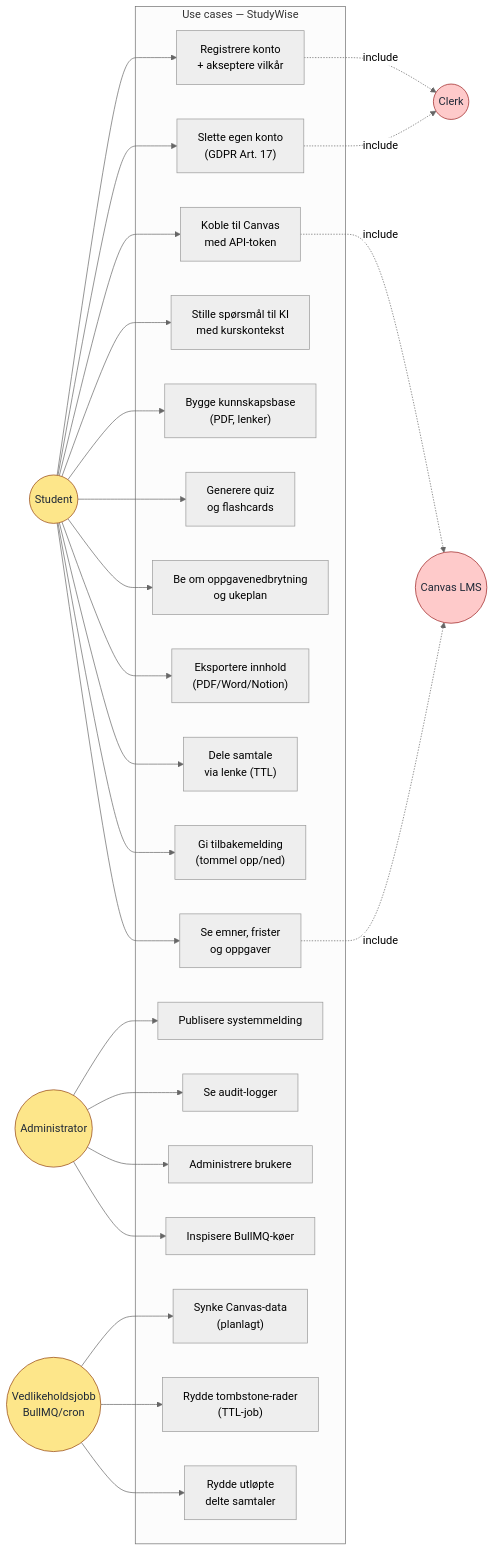
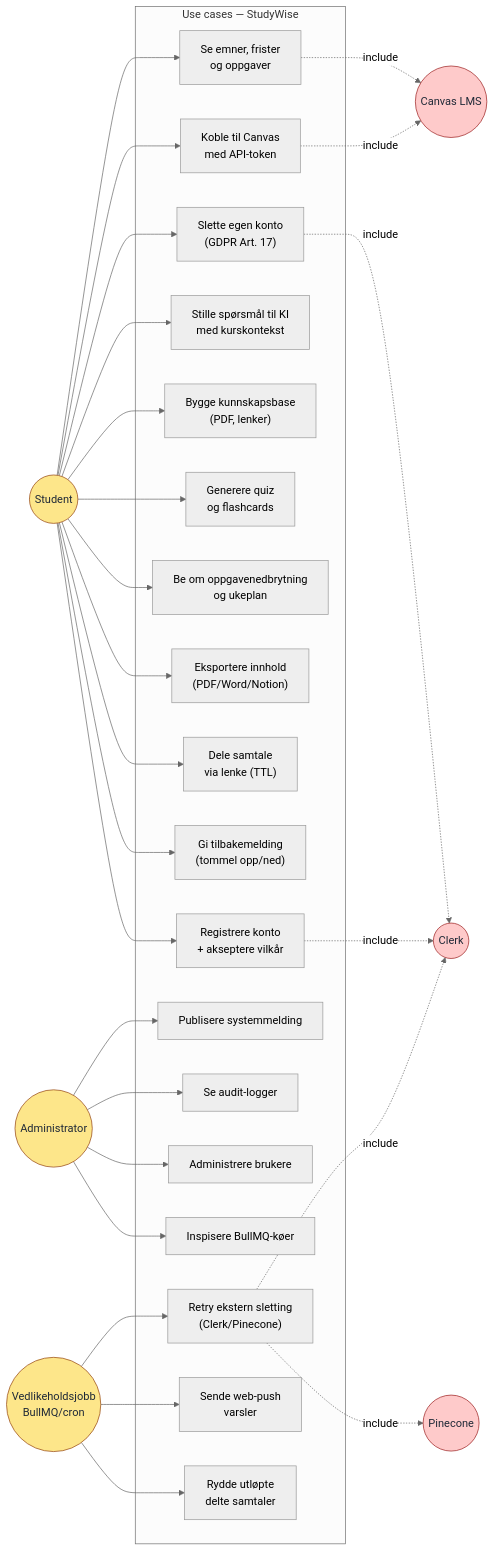
Before and after one commit to 26zl/StudyWise: the diagram in filer_prosjekt/diagrammer/13-use-case-diagram.md, drawn with Mermaid (neutral theme). The commit also changed other lines of this file and 67 other files, not shown here.

Commit message:
Mitigert for supply chain attacks og oppdatert diagrammer.

````diff
--- a/filer_prosjekt/diagrammer/13-use-case-diagram.md
+++ b/filer_prosjekt/diagrammer/13-use-case-diagram.md
@@ -5,60 +5,63 @@
 ```mermaid
 flowchart LR
     Student((Student))
     Admin((Administrator))
     System((Vedlikeholdsjobb<br/>BullMQ/cron))
     Canvas((Canvas LMS))
     Clerk((Clerk))
+    Pinecone((Pinecone))
 
     subgraph StudyWise["Use cases — StudyWise"]
         UC1["Registrere konto<br/>+ akseptere vilkår"]
         UC2["Koble til Canvas<br/>med API-token"]
         UC3["Se emner, frister<br/>og oppgaver"]
         UC4["Stille spørsmål til KI<br/>med kurskontekst"]
         UC5["Bygge kunnskapsbase<br/>(PDF, lenker)"]
         UC6["Generere quiz<br/>og flashcards"]
         UC7["Be om oppgavenedbrytning<br/>og ukeplan"]
         UC8["Eksportere innhold<br/>(PDF/Word/Notion)"]
         UC9["Dele samtale<br/>via lenke (TTL)"]
         UC10["Gi tilbakemelding<br/>(tommel opp/ned)"]
         UC11["Slette egen konto<br/>(GDPR Art. 17)"]
         UC12["Publisere systemmelding"]
         UC13["Se audit-logger"]
         UC14["Administrere brukere"]
         UC15["Inspisere BullMQ-køer"]
-        UC16["Synke Canvas-data<br/>(planlagt)"]
-        UC17["Rydde tombstone-rader<br/>(TTL-job)"]
+        UC16["Retry ekstern sletting<br/>(Clerk/Pinecone)"]
+        UC17["Sende web-push<br/>varsler"]
         UC18["Rydde utløpte<br/>delte samtaler"]
     end
 
     Student --> UC1
     Student --> UC2
     Student --> UC3
     Student --> UC4
     Student --> UC5
     Student --> UC6
     Student --> UC7
     Student --> UC8
     Student --> UC9
     Student --> UC10
     Student --> UC11
 
     Admin --> UC12
     Admin --> UC13
     Admin --> UC14
     Admin --> UC15
 
     System --> UC16
     System --> UC17
     System --> UC18
 
     UC2 -. include .-> Canvas
     UC3 -. include .-> Canvas
+    UC16 -. include .-> Clerk
+    UC16 -. include .-> Pinecone
     UC1 -. include .-> Clerk
     UC11 -. include .-> Clerk
 
     classDef actor fill:#fde68a,stroke:#92400e,color:#1f2937
     classDef ext fill:#fecaca,stroke:#991b1b,color:#1f2937
     class Student,Admin,System actor
-    class Canvas,Clerk ext
+    class Canvas,Clerk,Pinecone ext
 ```
````
